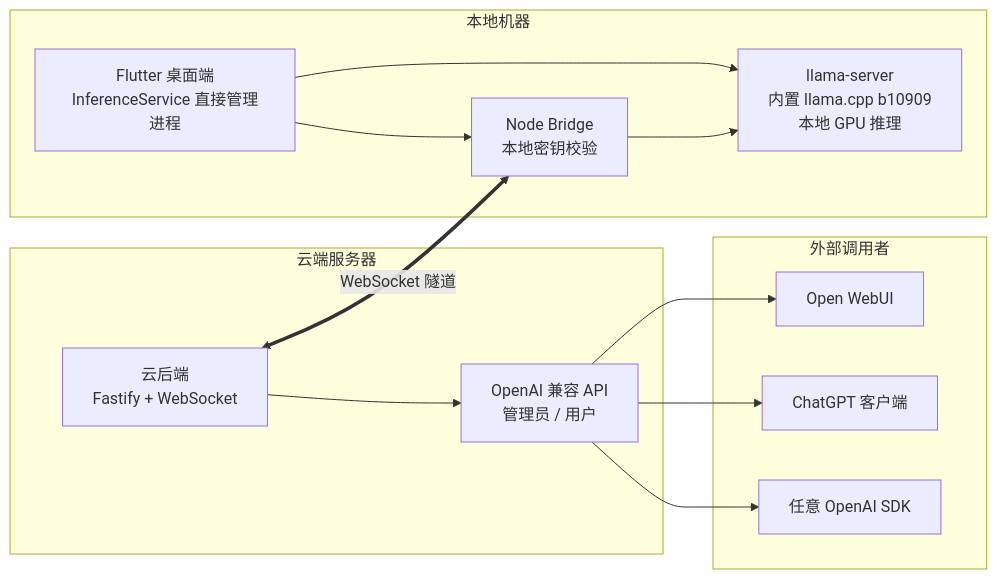
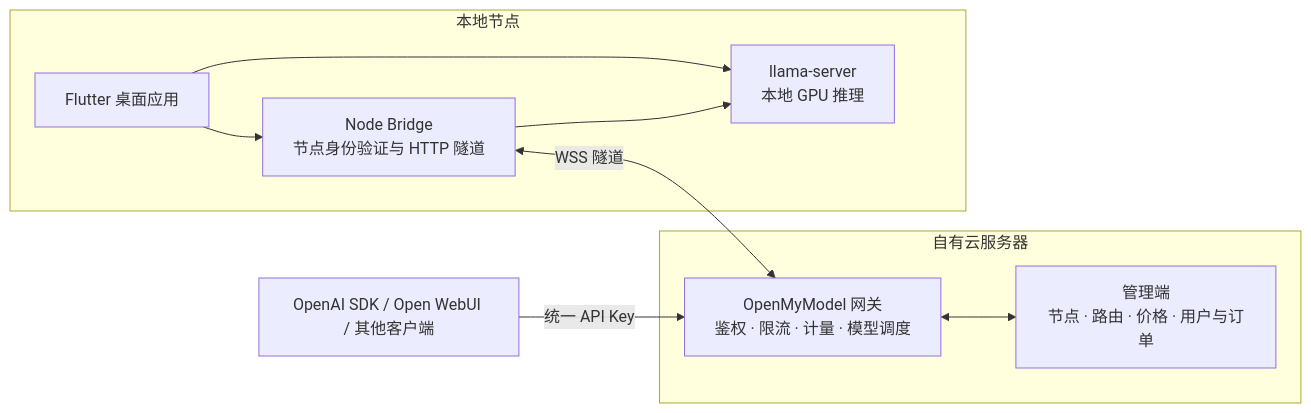
The diagram in README.md (tianxingstarsky/OpenMyModel), drawn with Mermaid before and after one commit. The commit also changed other lines of this file and 10 other files, not shown here.

````diff
--- a/README.md
+++ b/README.md
@@ -25,20 +32,15 @@
 ```mermaid
 flowchart LR
-    subgraph 本地机器
-        A[Flutter 桌面端<br/>InferenceService 直接管理进程] --> C[llama-server<br/>内置 llama.cpp b10909<br/>本地 GPU 推理]
-        A --> N[Node Bridge<br/>本地密钥校验]
-        N --> C
+    subgraph Local["本地节点"]
+        UI["Flutter 桌面应用"] --> Engine["llama-server<br/>本地 GPU 推理"]
+        UI --> Bridge["Node Bridge<br/>节点身份验证与 HTTP 隧道"]
+        Bridge --> Engine
     end
-
-    subgraph 云端服务器
-        D[云后端<br/>Fastify + WebSocket] --> E[OpenAI 兼容 API<br/>管理员 / 用户]
+    subgraph Cloud["自有云服务器"]
+        Gateway["OpenMyModel 网关<br/>鉴权 · 限流 · 计量 · 模型调度"]
+        Admin["管理端<br/>节点 · 路由 · 价格 · 用户与订单"]
+        Gateway <--> Admin
     end
-
-    subgraph 外部调用者
-        E --> F[Open WebUI]
-        E --> G[ChatGPT 客户端]
-        E --> H[任意 OpenAI SDK]
-    end
-
-    D <== WebSocket 隧道 ==> N
+    Clients["OpenAI SDK / Open WebUI / 其他客户端"] -->|"统一 API Key"| Gateway
+    Bridge <-->|"WSS 隧道"| Gateway
 ```
````
